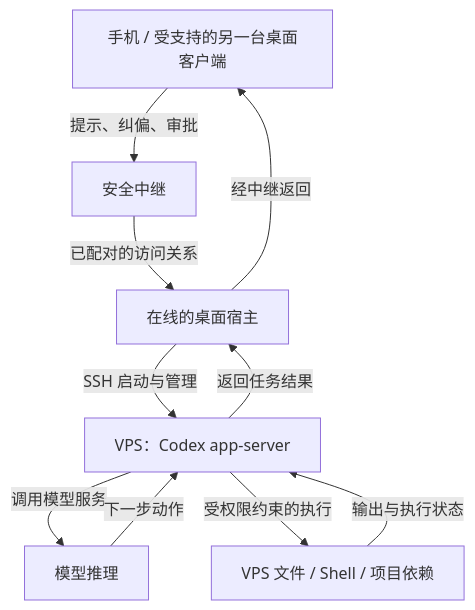
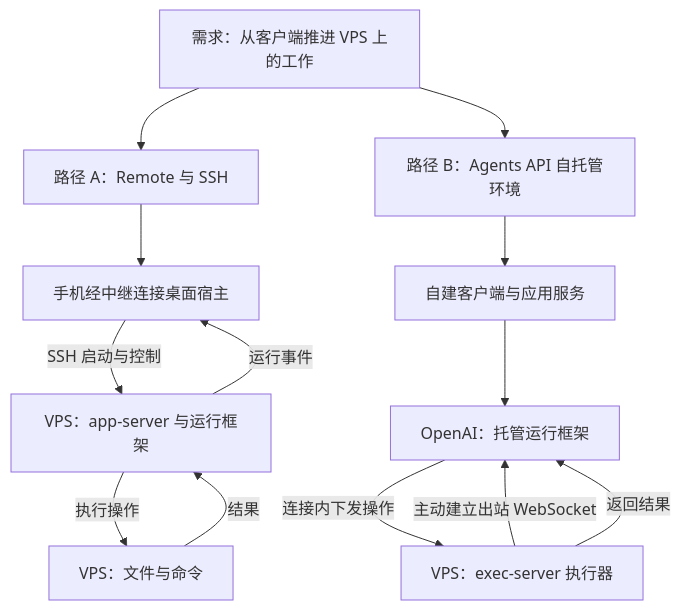
Before and after one commit to Nunchakus888/dossierkit: the third of 3 diagrams in profiles/default/content/zh/notes/chatgpt-dots-agent-harness-agent-codex-agent.mdx, drawn with Mermaid. The commit also changed other lines of this file, not shown here.

````diff
--- a/profiles/default/content/zh/notes/chatgpt-dots-agent-harness-agent-codex-agent.mdx
+++ b/profiles/default/content/zh/notes/chatgpt-dots-agent-harness-agent-codex-agent.mdx
@@ -194,12 +154,15 @@
 ```mermaid
 flowchart TB
-    P[手机 / 受支持的另一台桌面客户端] -->|提示、纠偏、审批| R[安全中继]
-    R -->|已配对的访问关系| H[在线的桌面宿主]
-    H -->|SSH 启动与管理| A[VPS：Codex app-server]
-    A -->|调用模型服务| M[模型推理]
-    M -->|下一步动作| A
-    A -->|受权限约束的执行| E[VPS 文件 / Shell / 项目依赖]
-    E -->|输出与执行状态| A
-    A -->|返回任务结果| H
-    H -->|经中继返回| P
+    Q[需求：从客户端推进 VPS 上的工作] --> A[路径 A：Remote 与 SSH]
+    Q --> B[路径 B：Agents API 自托管环境]
+    A --> A1[手机经中继连接桌面宿主]
+    A1 -->|SSH 启动与控制| A2[VPS：app-server 与运行框架]
+    A2 -->|执行操作| A3[VPS：文件与命令]
+    A3 -->|结果| A2
+    A2 -->|运行事件| A1
+    B --> B1[自建客户端与应用服务]
+    B1 --> B2[OpenAI：托管运行框架]
+    B3[VPS：exec-server 执行器] -->|主动建立出站 WebSocket| B2
+    B2 -->|连接内下发操作| B3
+    B3 -->|返回结果| B2
 ```
````
